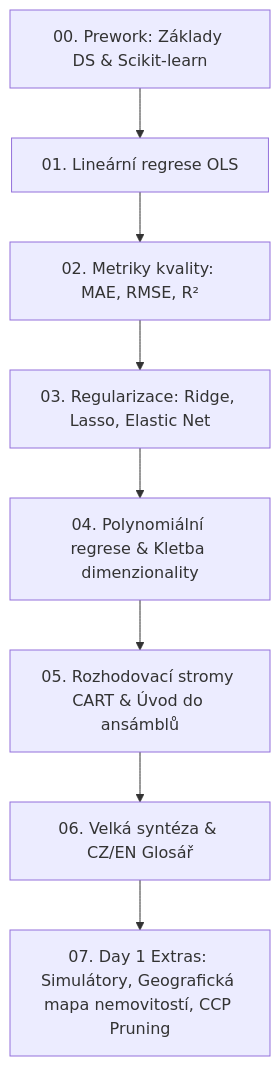
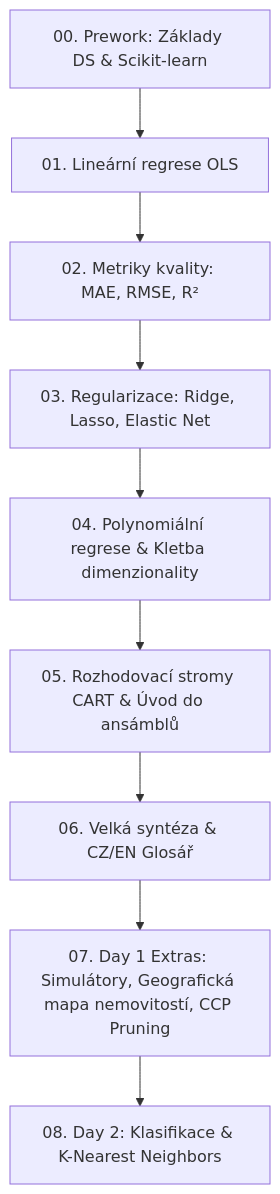
One commit to Kilitar/Coderslab-DataScience changed the diagram in README.md. Above: the diagram before and after it, drawn with Mermaid. The commit also changed other lines of this file and 20 other files, not shown here.

Commit message:
feat(day2): add classification module and k-nearest neighbors (k-NN) implementation

````diff
--- a/README.md
+++ b/README.md
@@ -33,10 +33,11 @@
 ```mermaid
 flowchart TD
     A[00. Prework: Základy DS & Scikit-learn] --> B[01. Lineární regrese OLS]
     B --> C[02. Metriky kvality: MAE, RMSE, R²]
     C --> D[03. Regularizace: Ridge, Lasso, Elastic Net]
     D --> E[04. Polynomiální regrese & Kletba dimenzionality]
     E --> F[05. Rozhodovací stromy CART & Úvod do ansámblů]
     F --> G[06. Velká syntéza & CZ/EN Glosář]
     G --> H[07. Day 1 Extras: Simulátory, Geografická mapa nemovitostí, CCP Pruning]
+    H --> I[08. Day 2: Klasifikace & K-Nearest Neighbors]
 ```
````
